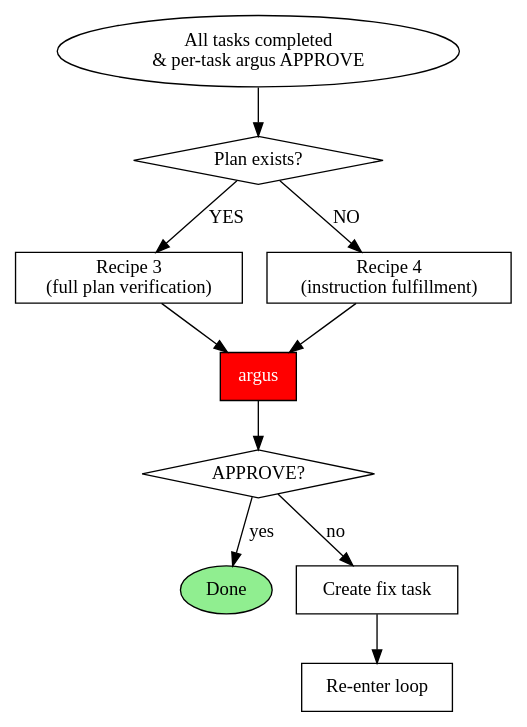
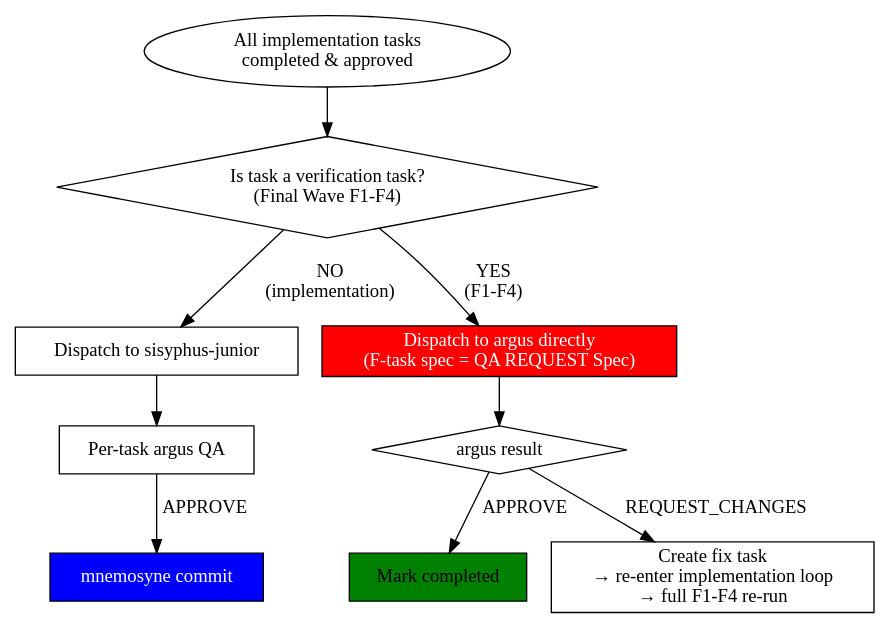
The fourth of 5 diagrams in skills/sisyphus/SKILL.md (toongri/oh-my-toong-playground), drawn with Graphviz before and after one commit. The commit also changed other lines of this file and 1 other file, not shown here.

Commit message:
docs: prometheus SKILL.md executor 추상화 및 규칙 개선

````diff
--- a/skills/sisyphus/SKILL.md
+++ b/skills/sisyphus/SKILL.md
@@ -323,24 +323,23 @@
 ```dot
-digraph final_verification {
+digraph verification_dispatch {
     rankdir=TB;
-    "All tasks completed\n& per-task argus APPROVE" [shape=ellipse];
-    "Plan exists?" [shape=diamond];
-    "Recipe 3\n(full plan verification)" [shape=box];
-    "Recipe 4\n(instruction fulfillment)" [shape=box];
-    "argus" [shape=box, style=filled, fillcolor=red, fontcolor=white];
-    "APPROVE?" [shape=diamond];
-    "Done" [shape=ellipse, style=filled, fillcolor=lightgreen];
-    "Create fix task" [shape=box];
-    "Re-enter loop" [shape=box];
+    "All implementation tasks\ncompleted & approved" [shape=ellipse];
+    "Is task a verification task?\n(Final Wave F1-F4)" [shape=diamond];
+    "Dispatch to sisyphus-junior" [shape=box];
+    "Dispatch to argus directly\n(F-task spec = QA REQUEST Spec)" [shape=box, style=filled, fillcolor=red, fontcolor=white];
+    "Per-task argus QA" [shape=box];
+    "argus result" [shape=diamond];
+    "mnemosyne commit" [shape=box, style=filled, fillcolor=blue, fontcolor=white];
+    "Mark completed" [shape=box, style=filled, fillcolor=green];
+    "Create fix task\n→ re-enter implementation loop\n→ full F1-F4 re-run" [shape=box];
 
-    "All tasks completed\n& per-task argus APPROVE" -> "Plan exists?";
-    "Plan exists?" -> "Recipe 3\n(full plan verification)" [label="YES"];
-    "Plan exists?" -> "Recipe 4\n(instruction fulfillment)" [label="NO"];
-    "Recipe 3\n(full plan verification)" -> "argus";
-    "Recipe 4\n(instruction fulfillment)" -> "argus";
-    "argus" -> "APPROVE?";
-    "APPROVE?" -> "Done" [label="yes"];
-    "APPROVE?" -> "Create fix task" [label="no"];
-    "Create fix task" -> "Re-enter loop";
+    "All implementation tasks\ncompleted & approved" -> "Is task a verification task?\n(Final Wave F1-F4)";
+    "Is task a verification task?\n(Final Wave F1-F4)" -> "Dispatch to sisyphus-junior" [label="NO\n(implementation)"];
+    "Is task a verification task?\n(Final Wave F1-F4)" -> "Dispatch to argus directly\n(F-task spec = QA REQUEST Spec)" [label="YES\n(F1-F4)"];
+    "Dispatch to sisyphus-junior" -> "Per-task argus QA";
+    "Per-task argus QA" -> "mnemosyne commit" [label="APPROVE"];
+    "Dispatch to argus directly\n(F-task spec = QA REQUEST Spec)" -> "argus result";
+    "argus result" -> "Mark completed" [label="APPROVE"];
+    "argus result" -> "Create fix task\n→ re-enter implementation loop\n→ full F1-F4 re-run" [label="REQUEST_CHANGES"];
 }
 ```
````
